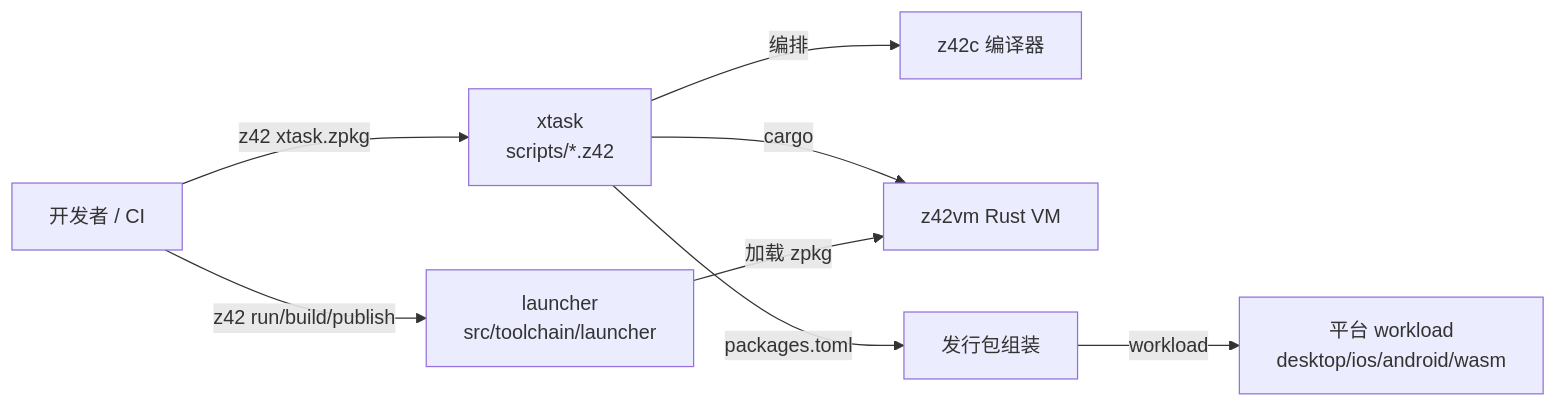
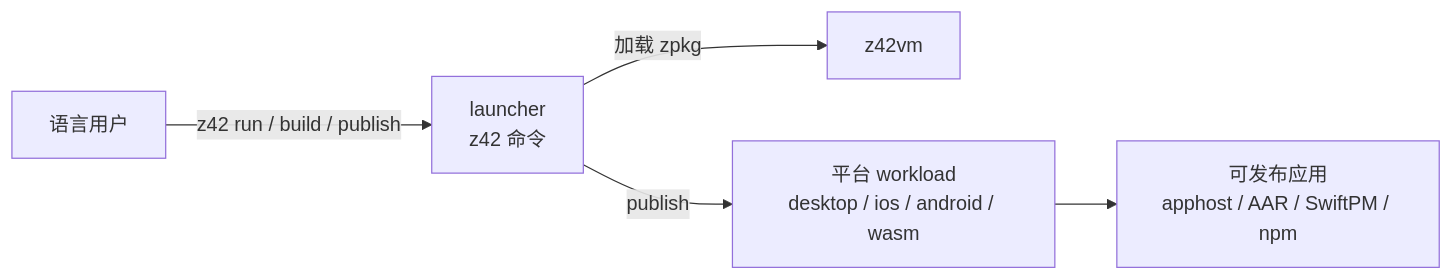
Before and after one commit to z42-lang/z42: the diagram in docs/book/src/toolchain/README.md, drawn with Mermaid. The commit also changed other lines of this file and 7 other files, not shown here.

````diff
--- a/docs/book/src/toolchain/README.md
+++ b/docs/book/src/toolchain/README.md
@@ -10,10 +10,7 @@
 ```mermaid
 graph LR
-    DEV[开发者 / CI] -->|z42 xtask.zpkg <cmd>| XTASK[xtask<br/>scripts/*.z42]
-    DEV -->|z42 run/build/publish| LAUNCHER[launcher<br/>src/toolchain/launcher]
-    XTASK -->|编排| Z42C[z42c 编译器]
-    XTASK -->|cargo| VM[z42vm Rust VM]
-    XTASK -->|packages.toml| PKG[发行包组装]
-    LAUNCHER -->|加载 zpkg| VM
-    PKG -->|workload| WL[平台 workload<br/>desktop/ios/android/wasm]
+    USER[语言用户] -->|z42 run / build / publish| LAUNCHER[launcher<br/>z42 命令]
+    LAUNCHER -->|加载 zpkg| VM[z42vm]
+    LAUNCHER -->|publish| WL[平台 workload<br/>desktop / ios / android / wasm]
+    WL --> APP[可发布应用<br/>apphost / AAR / SwiftPM / npm]
 ```
````
